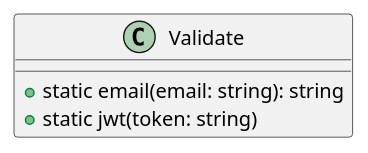
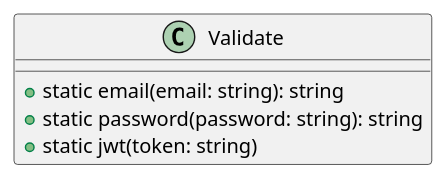
The diagram in back/uml/Validate.puml (Chiqui1234ok/lions-app), drawn with PlantUML before and after one commit. The commit also changed 3 other files, not shown here.

```diff
--- a/back/uml/Validate.puml
+++ b/back/uml/Validate.puml
@@ -1,8 +1,9 @@
 @startuml
 
 class Validate {
     + static email(email: string): string
+    + static password(password: string): string
     + static jwt(token: string)
 }
 
 @enduml
```
